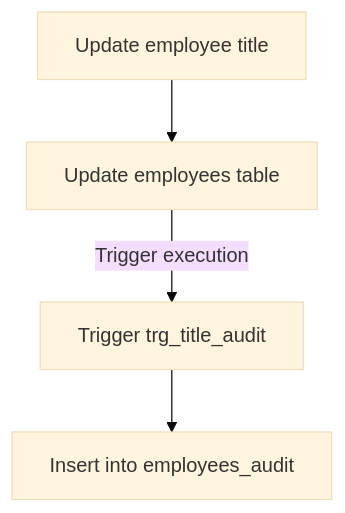
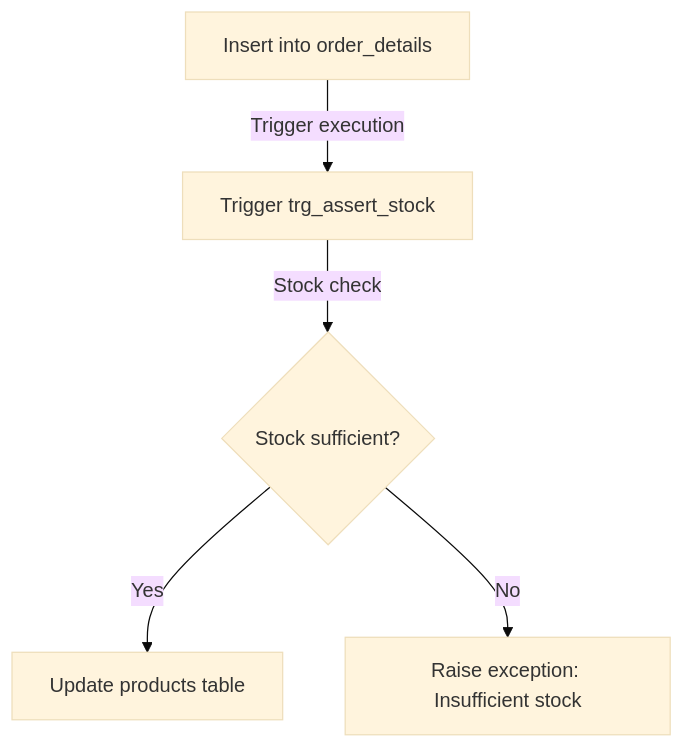
Before and after one commit to lealre/northwind-PLpgSQL: the second of 2 diagrams in README.md, drawn with Mermaid (base theme). The commit also changed other lines of this file and 1 other file, not shown here.

````diff
--- a/README.md
+++ b/README.md
@@ -13,6 +73,7 @@
 ```mermaid
 graph TB;
-    A[Update employee title] --> B[Update employees table];
-    B -- Trigger execution --> C[Trigger trg_title_audit];
-    C --> D[Insert into employees_audit];
+    A[Insert into order_details] -- Trigger execution --> B[Trigger trg_assert_stock];
+    B -- Stock check --> C{Stock sufficient?};
+    C -- Yes --> D[Update products table];
+    C -- No --> E[Raise exception: Insufficient stock];
 ```
````
